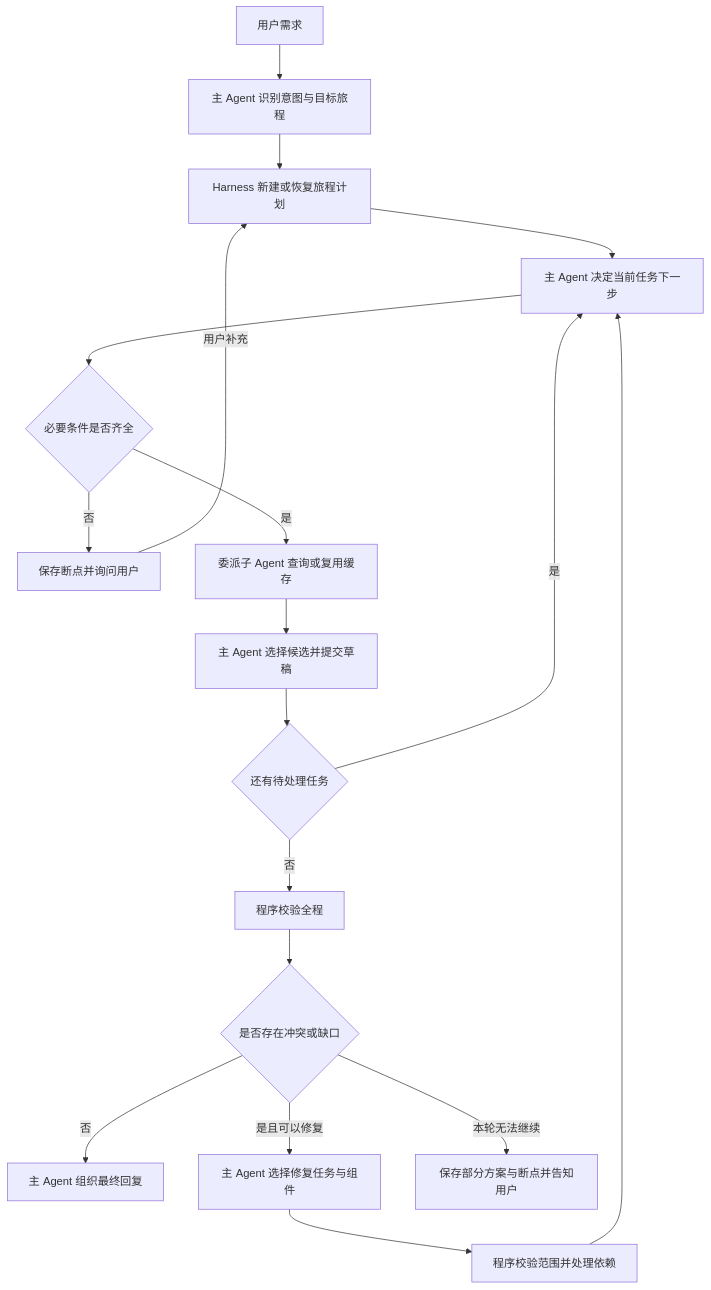
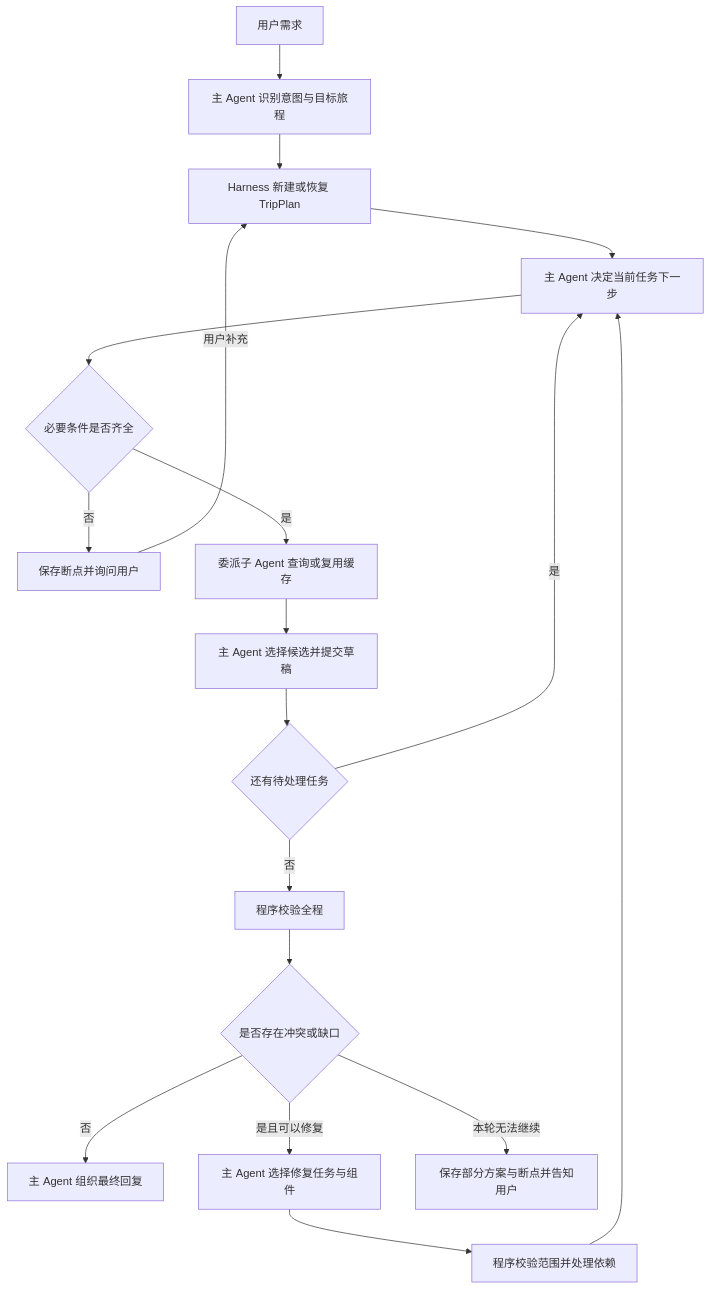
One commit to yzy703050-oss/trip-evidence-agent changed the second of 3 diagrams in README.md. Above: the diagram before and after it, drawn with Mermaid. The commit also changed other lines of this file, not shown here.

Commit message:
docs: use TripPlan for the persisted travel object

````diff
--- a/README.md
+++ b/README.md
@@ -51,20 +51,20 @@
 ```mermaid
 flowchart TD
     U[用户需求] --> M[主 Agent 识别意图与目标旅程]
-    M --> W[Harness 新建或恢复旅程计划]
+    M --> W[Harness 新建或恢复 TripPlan]
     W --> D[主 Agent 决定当前任务下一步]
     D --> C{必要条件是否齐全}
     C -->|否| Q[保存断点并询问用户]
     Q -->|用户补充| W
     C -->|是| I[委派子 Agent 查询或复用缓存]
     I --> P[主 Agent 选择候选并提交草稿]
     P --> N{还有待处理任务}
     N -->|是| D
     N -->|否| V[程序校验全程]
     V --> R{是否存在冲突或缺口}
     R -->|否| F[主 Agent 组织最终回复]
     R -->|是且可以修复| S[主 Agent 选择修复任务与组件]
     S --> H[程序校验范围并处理依赖]
     H --> D
     R -->|本轮无法继续| E[保存部分方案与断点并告知用户]
 ```
````
